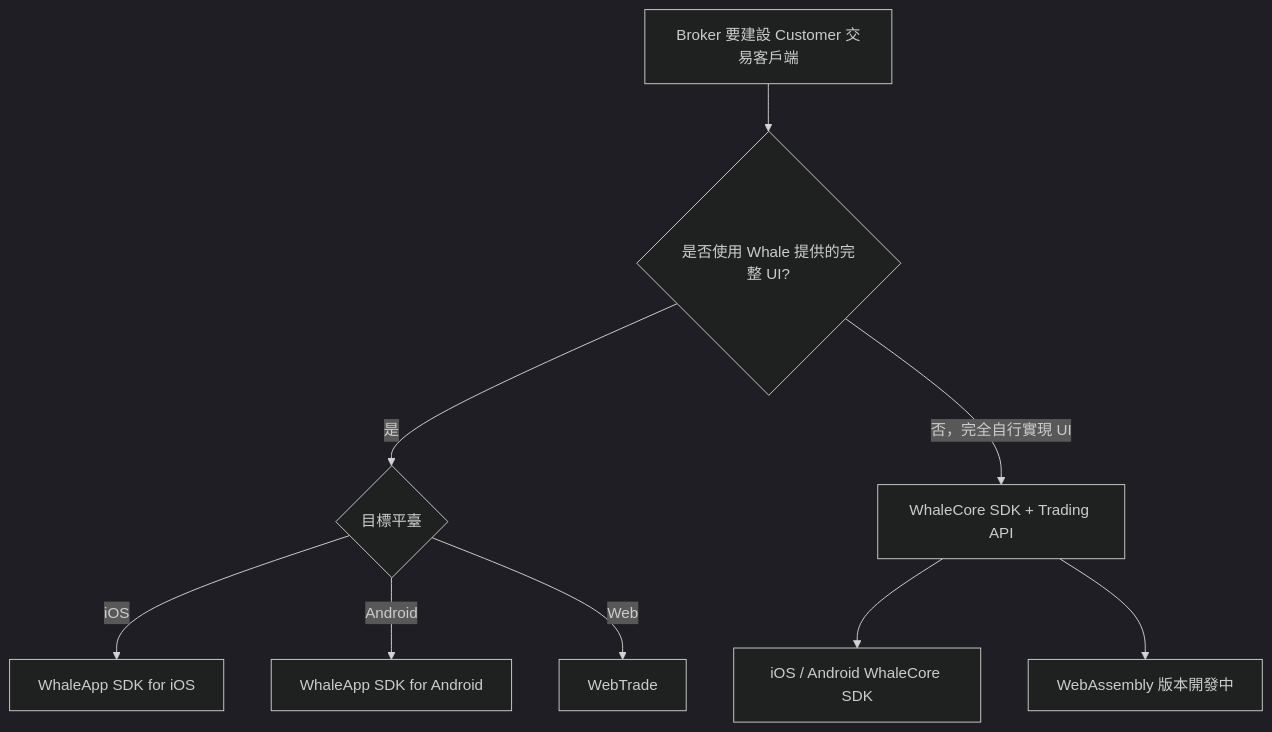
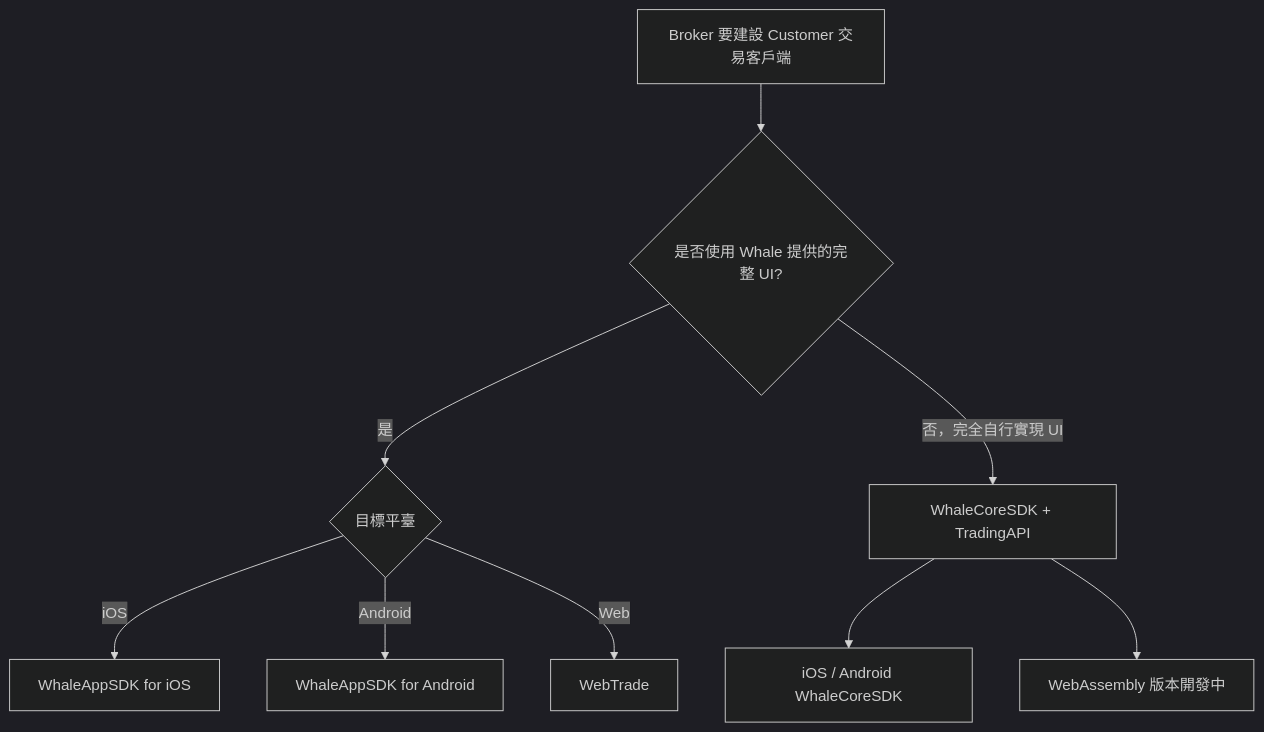
The diagram in docs/zh-HK/docs/integration-options.mdx (longbridge/whale-docs), drawn with Mermaid (dark theme) before and after one commit. The commit also changed other lines of this file and 120 other files, not shown here.

````diff
--- a/docs/zh-HK/docs/integration-options.mdx
+++ b/docs/zh-HK/docs/integration-options.mdx
@@ -22,11 +22,11 @@
 ```mermaid
 flowchart TD
     A[Broker 要建設 Customer 交易客戶端] --> B{是否使用 Whale 提供的完整 UI?}
     B -- 是 --> C{目標平臺}
-    C -- iOS --> D[WhaleApp SDK for iOS]
-    C -- Android --> E[WhaleApp SDK for Android]
+    C -- iOS --> D[WhaleAppSDK for iOS]
+    C -- Android --> E[WhaleAppSDK for Android]
     C -- Web --> F[WebTrade]
-    B -- 否，完全自行實現 UI --> G[WhaleCore SDK + Trading API]
-    G --> H[iOS / Android WhaleCore SDK]
+    B -- 否，完全自行實現 UI --> G[WhaleCoreSDK + TradingAPI]
+    G --> H[iOS / Android WhaleCoreSDK]
     G --> I[WebAssembly 版本開發中]
 ```
````
